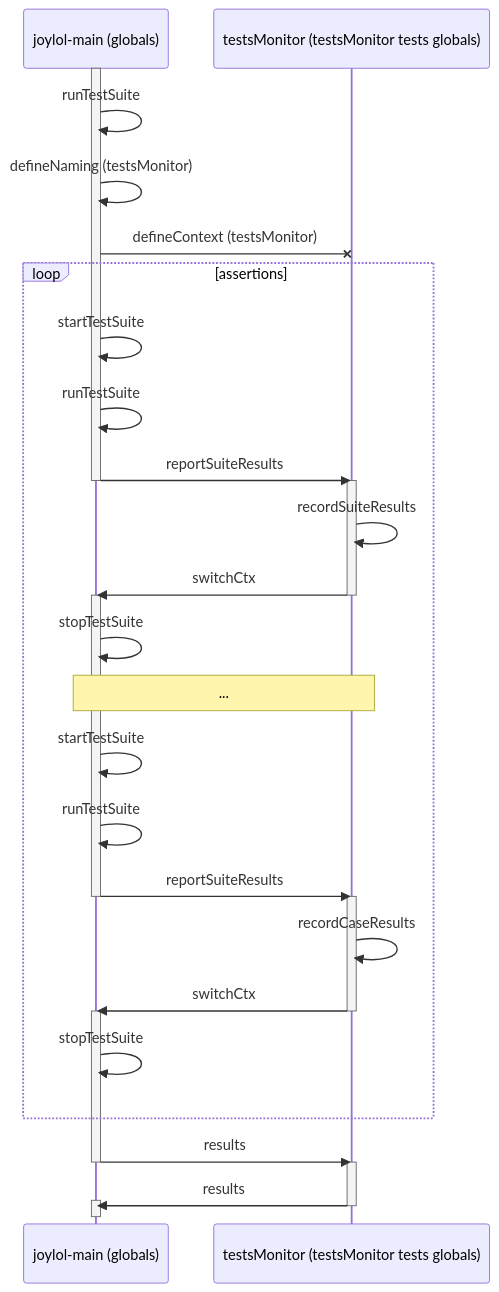
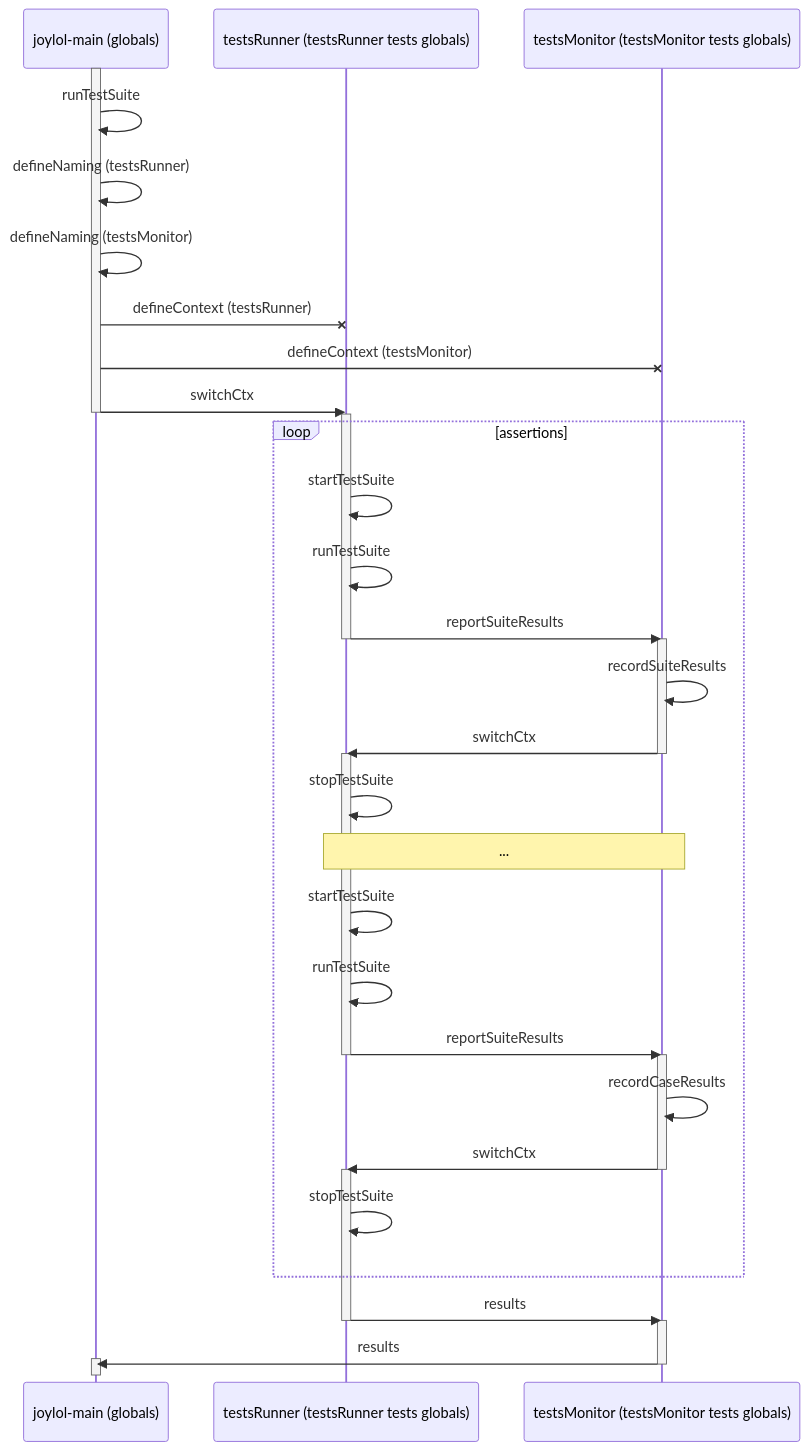
Before and after one commit to stephengaito/documentArchive: the diagram in extensions/joylolTests/doc/runJoylolTestAll.mmd, drawn with Mermaid. The commit also changed 1 other file, not shown here.

Commit message:
worked on details of runAllTests, runTestSuite and associated support words; updated runJoylolTestAll diagram to re-instate testsRunner

```diff
--- a/extensions/joylolTests/doc/runJoylolTestAll.mmd
+++ b/extensions/joylolTests/doc/runJoylolTestAll.mmd
@@ -1,39 +1,45 @@
 sequenceDiagram
   participant m as joylol-main (globals)
+  participant tr as testsRunner  (testsRunner  tests globals)
   participant tm as testsMonitor (testsMonitor tests globals)
 
   %% specify context switches
   activate m
   m  ->> m : runTestSuite
+  m  ->> m : defineNaming (testsRunner)
   m  ->> m : defineNaming (testsMonitor)
+  m  -X tr : defineContext (testsRunner)
   m  -X tm : defineContext (testsMonitor)
+  m  ->> tr : switchCtx
+  deactivate m
+  activate tr
   loop assertions
-    m ->> m  : startTestSuite
-    m ->> m  : runTestSuite
-    m ->> tm : reportSuiteResults
-    deactivate m
+    tr ->> tr : startTestSuite
+    tr ->> tr : runTestSuite
+    tr ->> tm : reportSuiteResults
+    deactivate tr
     activate tm
     tm ->> tm : recordSuiteResults
-    tm ->> m  : switchCtx
+    tm ->> tr  : switchCtx
     deactivate tm
-    activate m
-    m ->> m : stopTestSuite
-    note over m,tm :     ...
-    m ->> m  : startTestSuite
-    m ->> m  : runTestSuite
-    m ->> tm : reportSuiteResults
-    deactivate m
+    activate tr
+    tr ->> tr : stopTestSuite
+    note over tr,tm :     ...
+    tr ->> tr : startTestSuite
+    tr ->> tr : runTestSuite
+    tr ->> tm : reportSuiteResults
+    deactivate tr
     activate tm
     tm ->> tm : recordCaseResults
-    tm ->> m  : switchCtx
+    tm ->> tr  : switchCtx
     deactivate tm
-    activate m
-    m ->> m : stopTestSuite
+    activate tr
+    tr ->> tr : stopTestSuite
   end
-  m ->> tm : results
-  deactivate m
+  tr ->> tm : results
+  deactivate tr
   activate tm
   tm ->> m : results
   deactivate tm
   activate m
   deactivate m
```
